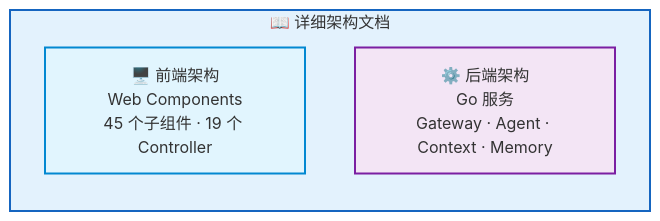
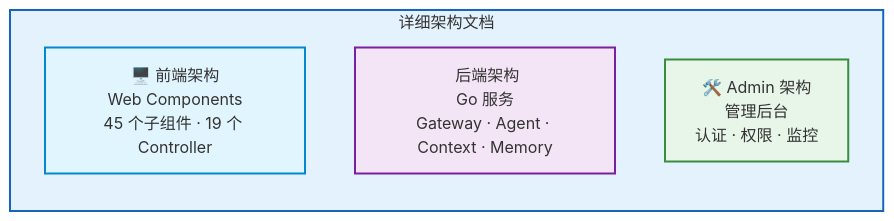
The third of 3 diagrams in src/content/docs/architecture/index.md (rtc-agent/docs), drawn with Mermaid before and after one commit. The commit also changed other lines of this file and 17 other files, not shown here.

````diff
--- a/src/content/docs/architecture/index.md
+++ b/src/content/docs/architecture/index.md
@@ -123,12 +141,14 @@
 ```mermaid
 flowchart LR
-    subgraph PAGES["📖 详细架构文档"]
+    subgraph PAGES[" 详细架构文档"]
         direction TB
         FE_PAGE["🖥️ 前端架构<br/>Web Components<br/>45 个子组件 · 19 个 Controller"]
-        BE_PAGE["⚙️ 后端架构<br/>Go 服务<br/>Gateway · Agent · Context · Memory"]
+        BE_PAGE["️ 后端架构<br/>Go 服务<br/>Gateway · Agent · Context · Memory"]
+        ADMIN_PAGE["🛠️ Admin 架构<br/>管理后台<br/>认证 · 权限 · 监控"]
     end
 
     style PAGES fill:#e3f2fd,stroke:#1565c0,stroke-width:2px
     style FE_PAGE fill:#e1f5fe,stroke:#0288d1,stroke-width:2px
     style BE_PAGE fill:#f3e5f5,stroke:#7b1fa2,stroke-width:2px
+    style ADMIN_PAGE fill:#e8f5e9,stroke:#388e3c,stroke-width:2px
 ```
````
